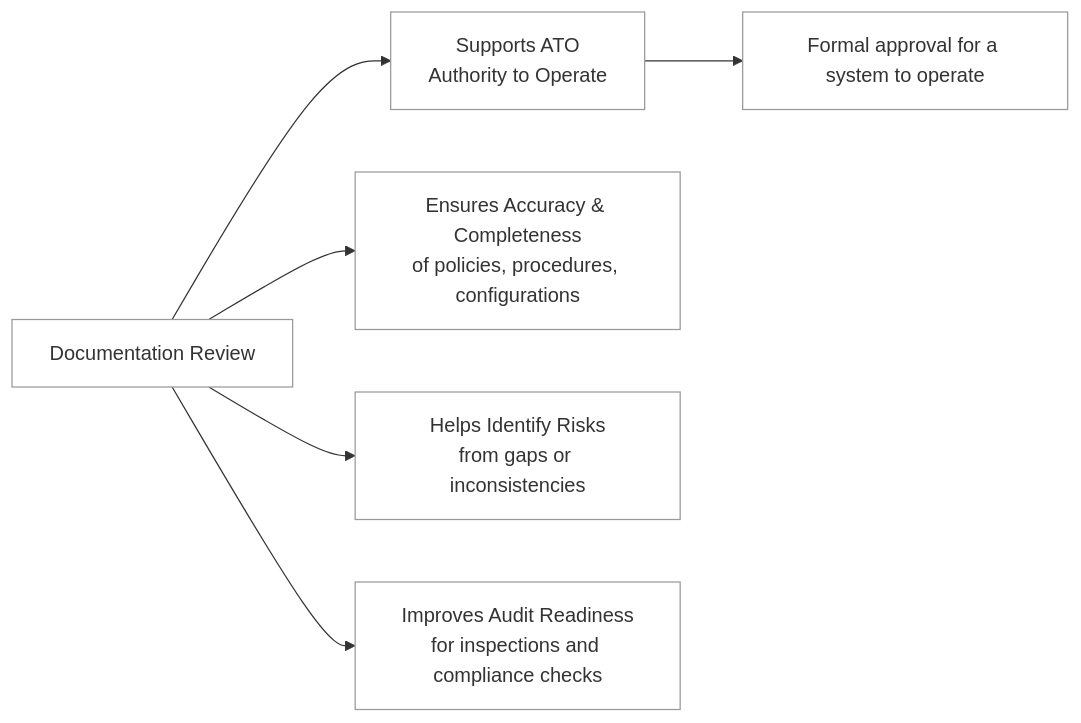
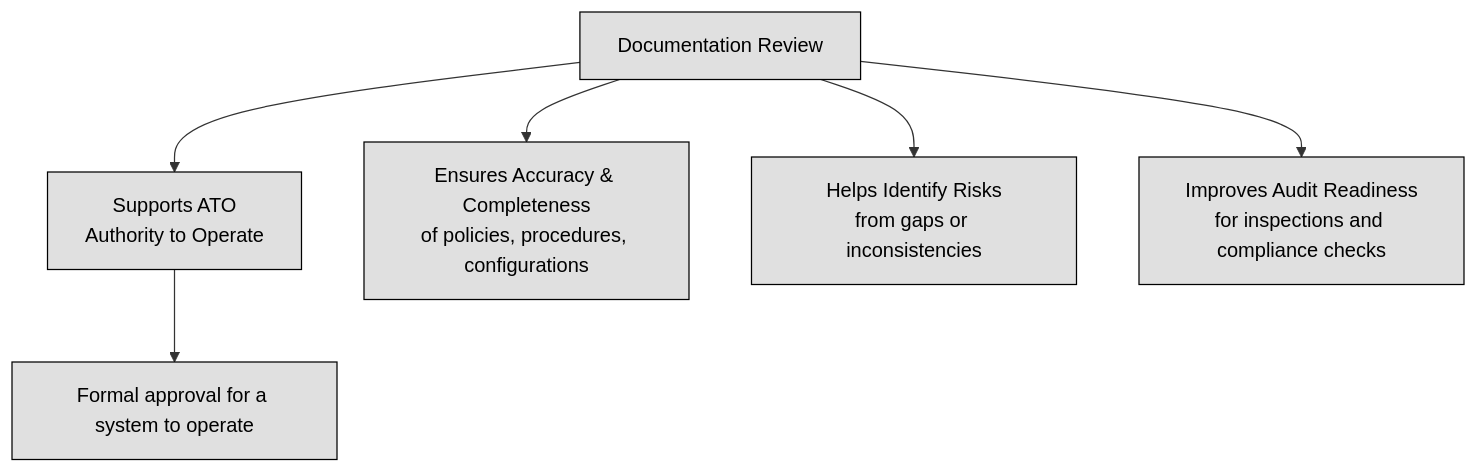
The second of 4 diagrams in DOMAIN1: The Cybersecurity Manager/1.3 Evaluate, apply, and sustain security governance principles.md (lorenzoleonelli/CISSP-Zero-to-Hero), drawn with Mermaid before and after one commit.

Commit message:
Update 1.3 Evaluate, apply, and sustain security governance principles.md

````diff
--- a/DOMAIN1: The Cybersecurity Manager/1.3 Evaluate, apply, and sustain security governance principles.md
+++ b/DOMAIN1: The Cybersecurity Manager/1.3 Evaluate, apply, and sustain security governance principles.md
@@ -53,13 +53,12 @@
 ```mermaid 
-flowchart LR
+flowchart TD
     A[Documentation Review] --> B[Supports ATO<br/>Authority to Operate]
     B --> C[Formal approval for a system to operate]
     
     A --> D[Ensures Accuracy & Completeness<br/>of policies, procedures, configurations]
     A --> E[Helps Identify Risks<br/>from gaps or inconsistencies]
     A --> F[Improves Audit Readiness<br/>for inspections and compliance checks]
 
-    %% Styling: grayscale
-    classDef grayBox fill:#ffffff,stroke:#999,color:#333;
-    class A,B,C,D,E,F grayBox;
+    classDef center fill:#ffffff,color:#000000,stroke:#000000,stroke-width:1px,font-weight:bold
+    classDef node fill:#e0e0e0,color:#000000,stroke:#000000,stroke-width:1px
 ```
````
